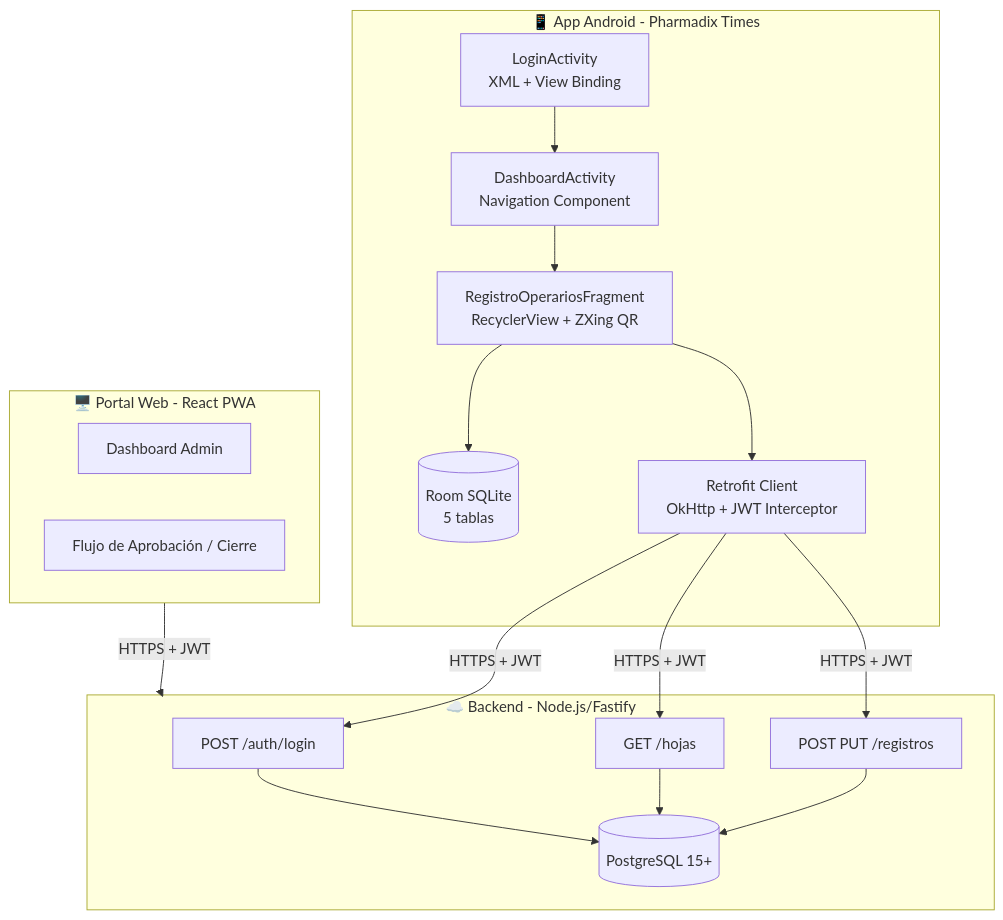
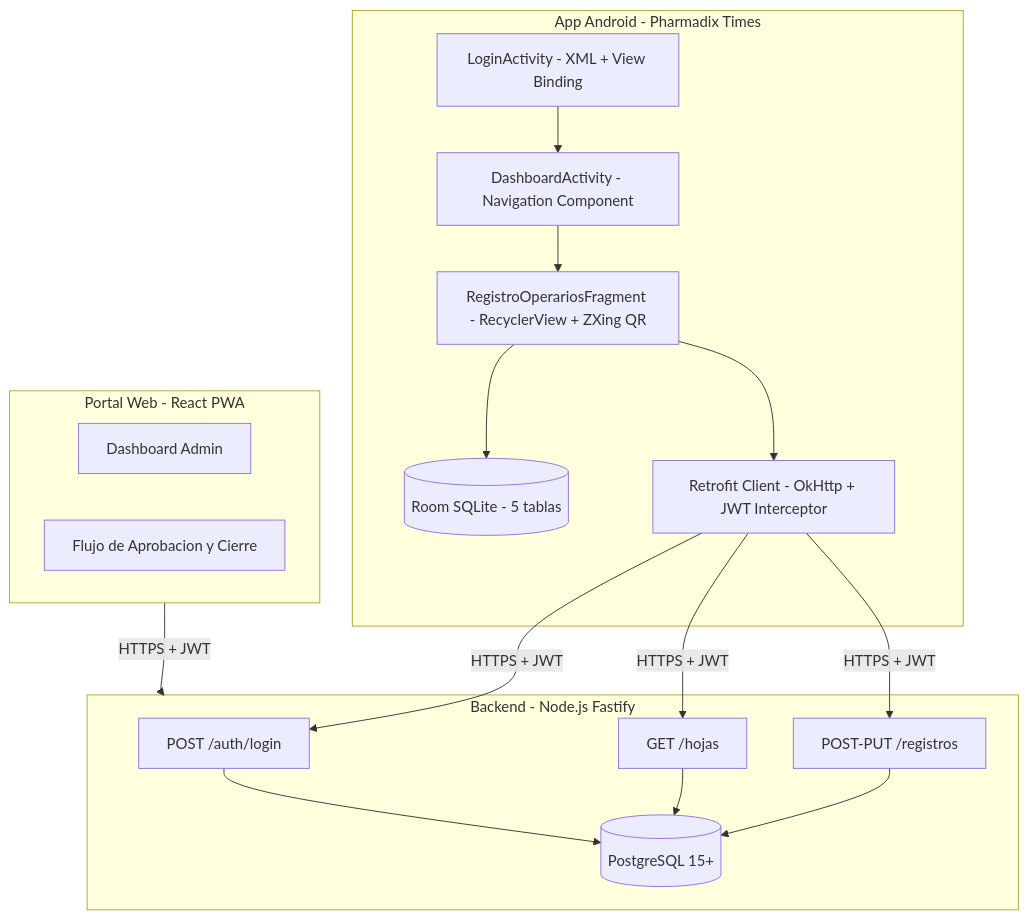
The fifth of 6 diagrams in Documentacion_Proyecto_Cibertec/Pharmadix_Times_Informe_Proyecto.md (Josesaso45/Pharmadix_Form_Horas_Extras_Cibertec), drawn with Mermaid before and after one commit. The commit also changed 20 other files, not shown here.

````diff
--- a/Documentacion_Proyecto_Cibertec/Pharmadix_Times_Informe_Proyecto.md
+++ b/Documentacion_Proyecto_Cibertec/Pharmadix_Times_Informe_Proyecto.md
@@ -689,34 +689,34 @@
 ```mermaid
 graph TB
-    subgraph Android_App [📱 App Android - Pharmadix Times]
-        Login[LoginActivity\nXML + View Binding]
-        Dashboard[DashboardActivity\nNavigation Component]
-        Registro[RegistroOperariosFragment\nRecyclerView + ZXing QR]
-        Room[(Room SQLite\n5 tablas)]
-        Retrofit_Client[Retrofit Client\nOkHttp + JWT Interceptor]
+    subgraph Android_App [App Android - Pharmadix Times]
+        Login[LoginActivity - XML + View Binding]
+        Dashboard[DashboardActivity - Navigation Component]
+        Registro[RegistroOperariosFragment - RecyclerView + ZXing QR]
+        Room[(Room SQLite - 5 tablas)]
+        Retrofit_Client[Retrofit Client - OkHttp + JWT Interceptor]
     end
 
-    subgraph Backend_API [☁️ Backend - Node.js/Fastify]
+    subgraph Backend_API [Backend - Node.js Fastify]
         Auth_EP[POST /auth/login]
         Hojas_EP[GET /hojas]
-        Registros_EP[POST PUT /registros]
+        Registros_EP[POST-PUT /registros]
         DB[(PostgreSQL 15+)]
     end
 
-    subgraph Admin_Portal [🖥️ Portal Web - React PWA]
+    subgraph Admin_Portal [Portal Web - React PWA]
         Dashboard_Web[Dashboard Admin]
-        Aprobacion[Flujo de Aprobación / Cierre]
+        Aprobacion[Flujo de Aprobacion y Cierre]
     end
 
     Login --> Dashboard
     Dashboard --> Registro
     Registro --> Room
     Registro --> Retrofit_Client
     Retrofit_Client -->|HTTPS + JWT| Auth_EP
     Retrofit_Client -->|HTTPS + JWT| Hojas_EP
     Retrofit_Client -->|HTTPS + JWT| Registros_EP
     Auth_EP --> DB
     Hojas_EP --> DB
     Registros_EP --> DB
     Admin_Portal -->|HTTPS + JWT| Backend_API
 ```
````
